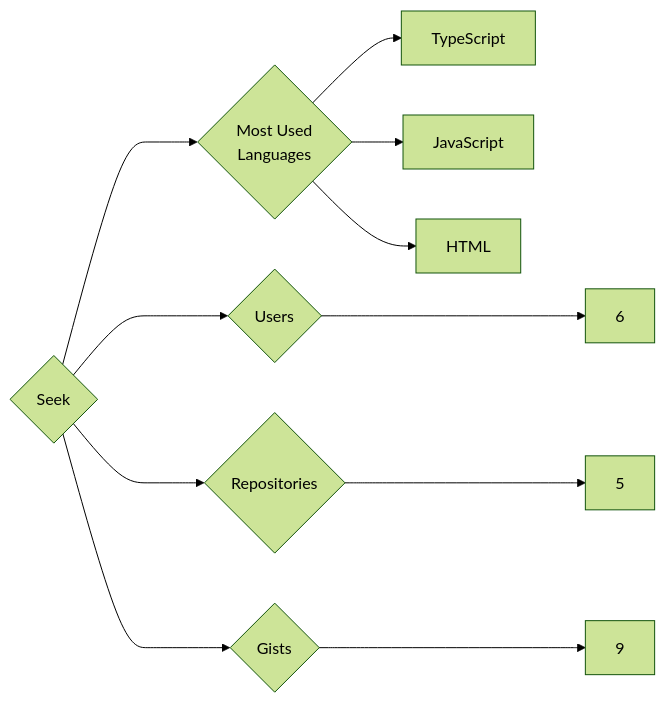
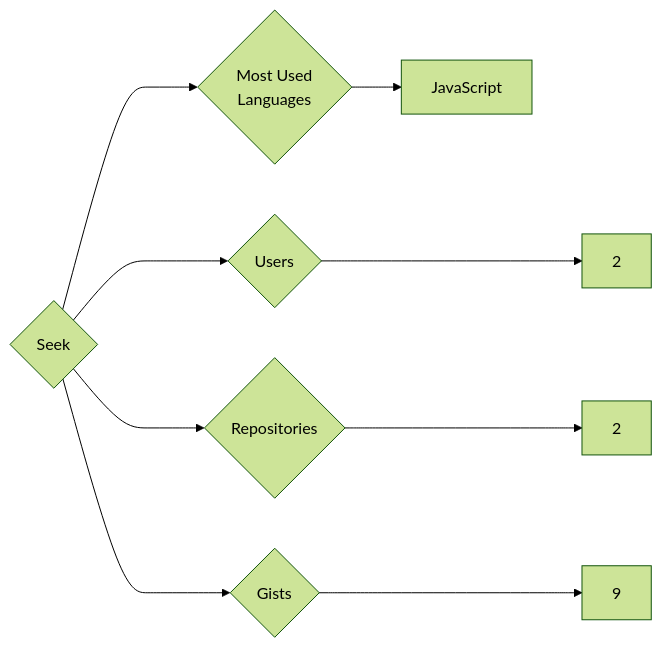
Before and after one commit to trickest/insiders: the diagram in targets/Seek/README.md, drawn with Mermaid (forest theme). The commit also changed 773 other files, not shown here.

````diff
--- a/targets/Seek/README.md
+++ b/targets/Seek/README.md
@@ -3,11 +3,9 @@
 ```mermaid
 graph LR
 COMPANY_NAME{Seek}
-COMPANY_NAME ---> U{Users} ---> UN[6]
-COMPANY_NAME ---> R{Repositories} ---> RN[5]
+COMPANY_NAME ---> U{Users} ---> UN[2]
+COMPANY_NAME ---> R{Repositories} ---> RN[2]
 COMPANY_NAME ---> G{Gists} ---> GN[9]
 COMPANY_NAME ---> ML{Most Used<br>Languages}
-ML --> TypeScript[TypeScript]
 ML --> JavaScript[JavaScript]
-ML --> HTML[HTML]
 ```
````
